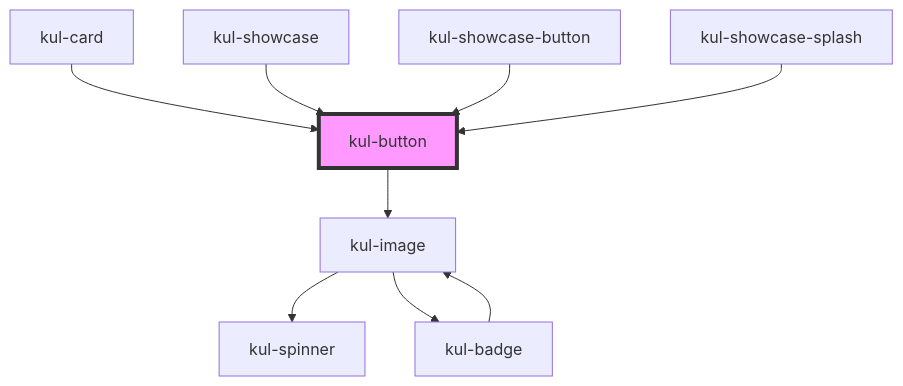
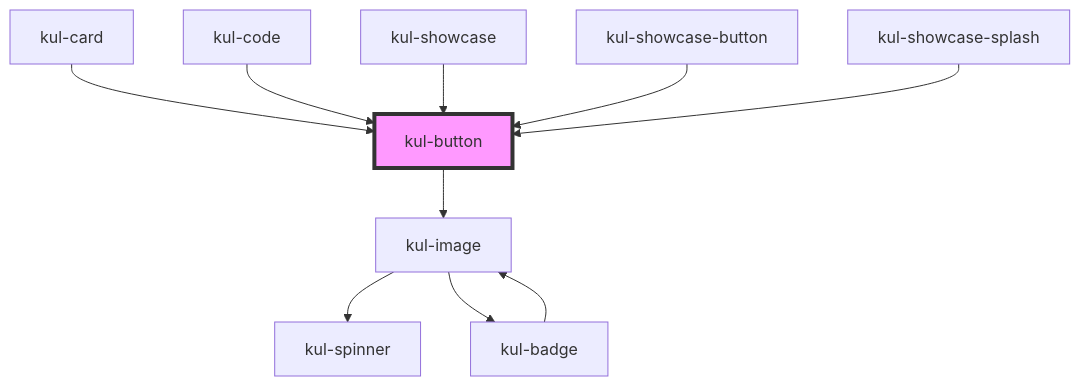
One commit to smeup/ketchup changed the diagram in packages/ketchup-lite/src/components/kul-button/readme.md. Above: the diagram before and after it, drawn with Mermaid. The commit also changed other lines of this file and 11 other files, not shown here.

````diff
--- a/packages/ketchup-lite/src/components/kul-button/readme.md
+++ b/packages/ketchup-lite/src/components/kul-button/readme.md
@@ -150,12 +151,13 @@
 ```mermaid
 graph TD;
   kul-button --> kul-image
   kul-image --> kul-spinner
   kul-image --> kul-badge
   kul-badge --> kul-image
   kul-card --> kul-button
+  kul-code --> kul-button
   kul-showcase --> kul-button
   kul-showcase-button --> kul-button
   kul-showcase-splash --> kul-button
   style kul-button fill:#f9f,stroke:#333,stroke-width:4px
 ```
````
